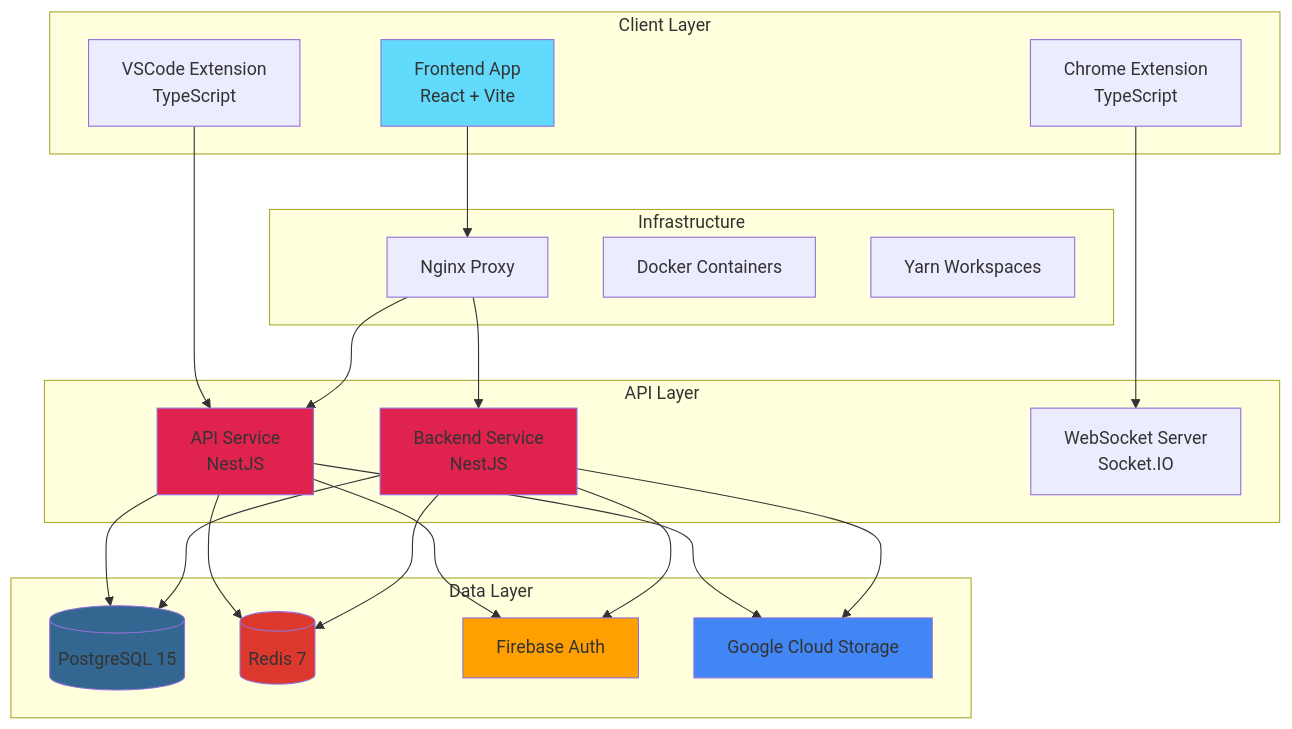
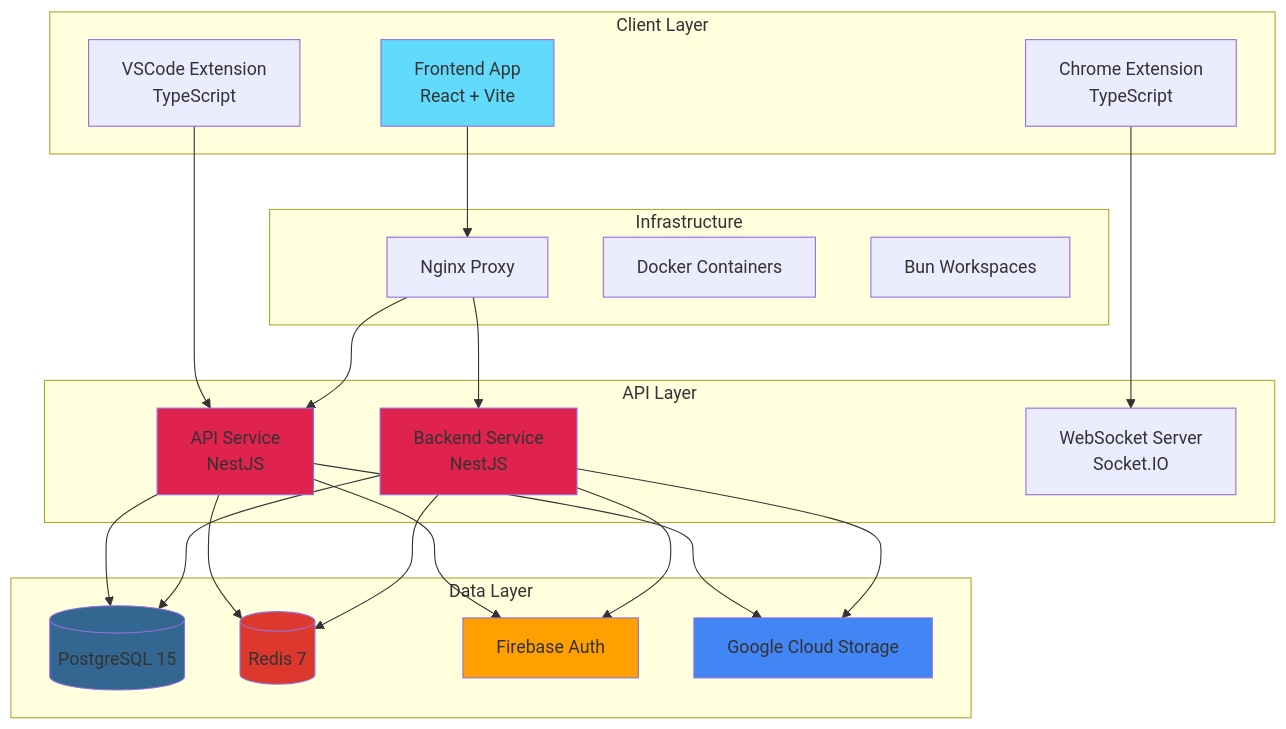
One commit to whodaniel/The-New-Fuse changed the diagram in docs/architecture/TECH-STACK.md. Above: the diagram before and after it, drawn with Mermaid. The commit also changed other lines of this file and 5263 other files, not shown here.

````diff
--- a/docs/architecture/TECH-STACK.md
+++ b/docs/architecture/TECH-STACK.md
@@ -278,49 +292,49 @@
 ```mermaid
 graph TB
     subgraph "Client Layer"
         FE[Frontend App<br/>React + Vite]
         CE[Chrome Extension<br/>TypeScript]
         VSE[VSCode Extension<br/>TypeScript]
     end
     
     subgraph "API Layer"
         API[API Service<br/>NestJS]
         BE[Backend Service<br/>NestJS]
         WS[WebSocket Server<br/>Socket.IO]
     end
     
     subgraph "Data Layer"
         PG[(PostgreSQL 15)]
         RD[(Redis 7)]
         FB[Firebase Auth]
         GCS[Google Cloud Storage]
     end
     
     subgraph "Infrastructure"
         NX[Nginx Proxy]
         DOC[Docker Containers]
-        YARN[Yarn Workspaces]
+        BUN[Bun Workspaces]
     end
     
     FE --> NX
     CE --> WS
     VSE --> API
     NX --> API
     NX --> BE
     API --> PG
     BE --> PG
     API --> RD
     BE --> RD
     API --> FB
     BE --> FB
     API --> GCS
     BE --> GCS
     
     style FE fill:#61dafb
     style API fill:#e0234e
     style BE fill:#e0234e
     style PG fill:#336791
     style RD fill:#dc382d
     style FB fill:#ffa000
     style GCS fill:#4285f4
 ```
````
